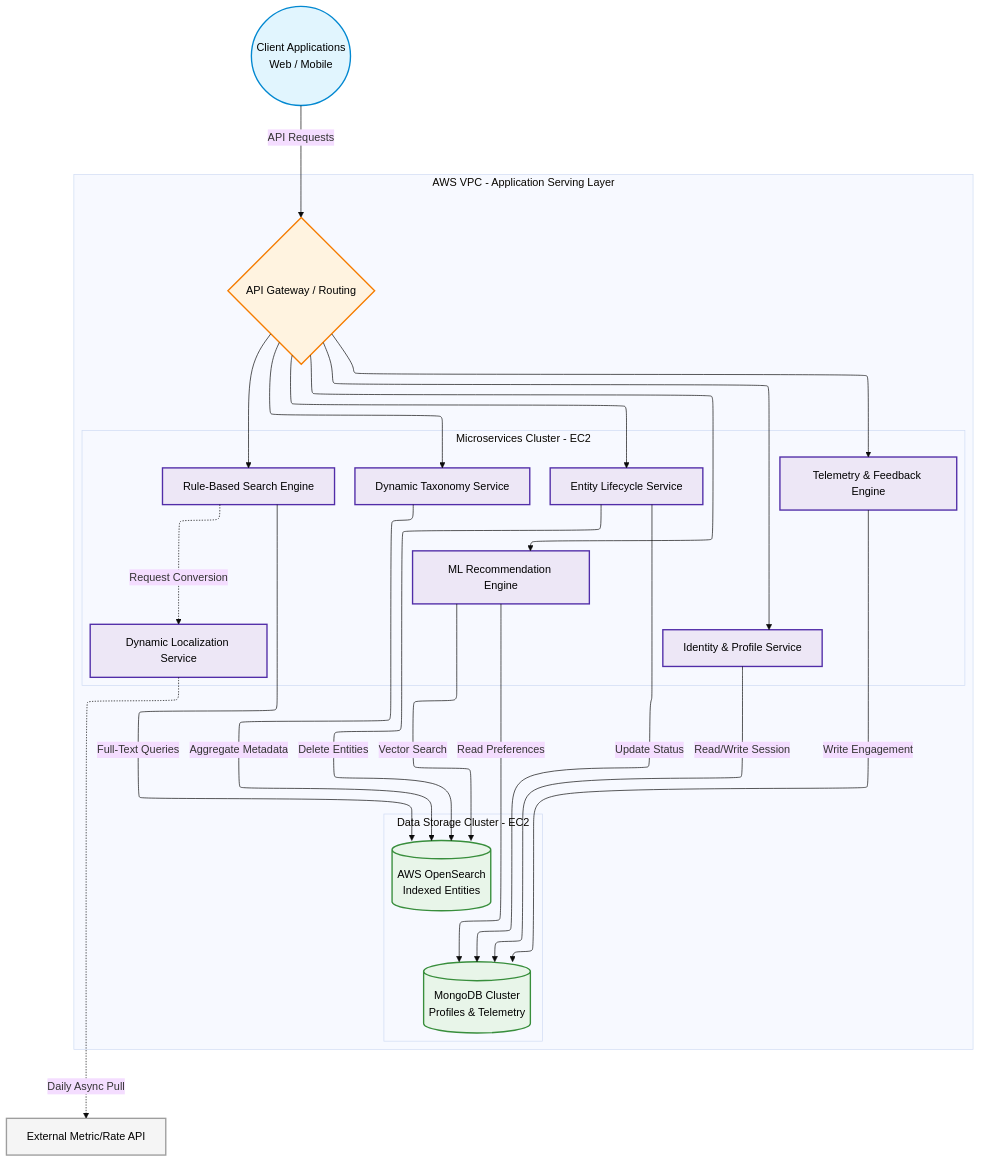
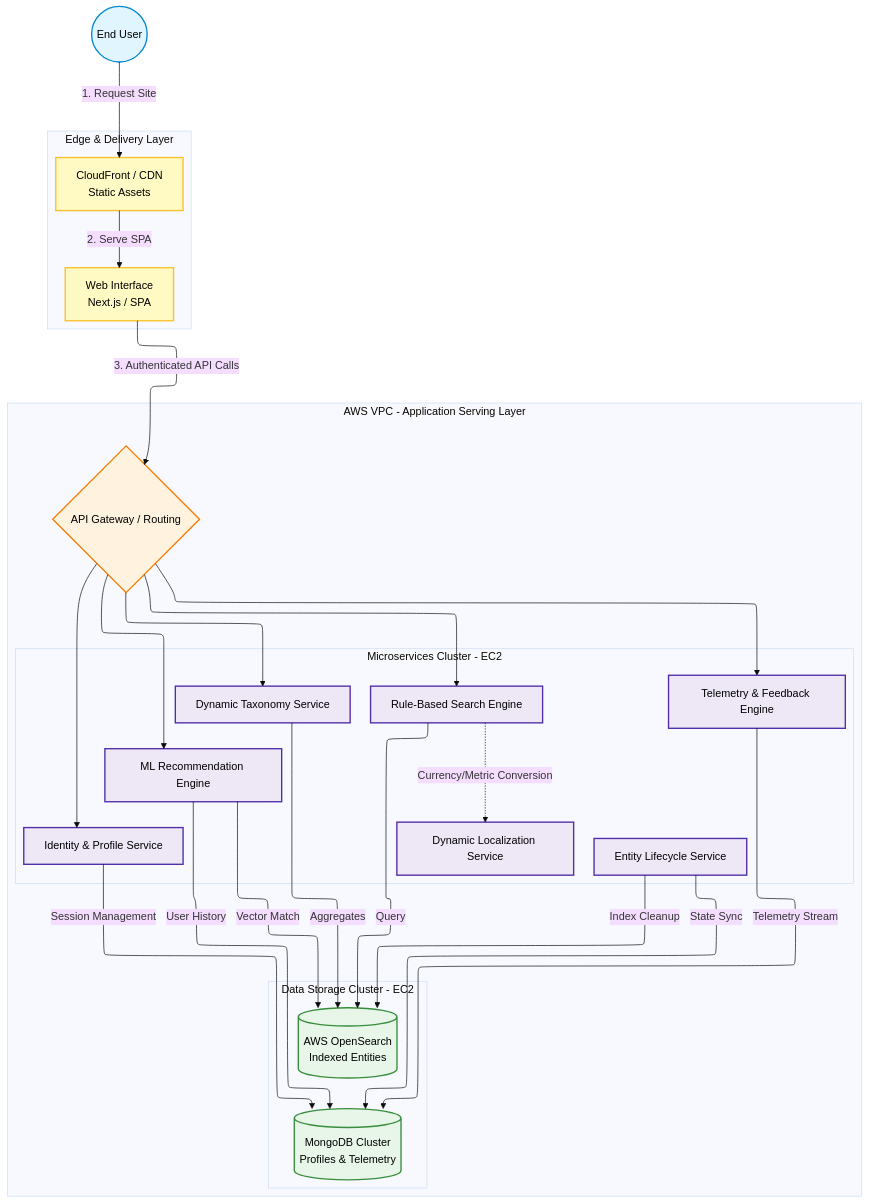
The diagram in content-discovery-and-personalization/README.md (hbharani/enterprise-architecture-patterns), drawn with Mermaid (base theme) before and after one commit.

Commit message:
Adding the missed front end spa

````diff
--- a/content-discovery-and-personalization/README.md
+++ b/content-discovery-and-personalization/README.md
@@ -7,58 +7,57 @@
 ```mermaid
 ---
 config:
   layout: elk
 ---
-flowchart TB
- subgraph ComputeLayer["Microservices Cluster - EC2"]
-        FEED["Telemetry & Feedback Engine"]
-        AUTH["Identity & Profile Service"]
-        LIFE["Entity Lifecycle Service"]
-        ML["ML Recommendation Engine"]
-        LOC["Dynamic Localization Service"]
-        SEARCH["Rule-Based Search Engine"]
-        TAX["Dynamic Taxonomy Service"]
-  end
- subgraph DataLayer["Data Storage Cluster - EC2"]
-        MONGO[("MongoDB Cluster<br>Profiles &amp; Telemetry")]
-        OS[("AWS OpenSearch<br>Indexed Entities")]
-  end
- subgraph VPC["AWS VPC - Application Serving Layer"]
-        GW{"API Gateway / Routing"}
-        ComputeLayer
-        DataLayer
-  end
-    CLIENT(("Client Applications<br>Web / Mobile")) -- API Requests --> GW
-    GW --> TAX & SEARCH & ML & LIFE & AUTH & FEED
-    LOC -. Daily Async Pull .-> EXT_API["External Metric/Rate API"]
-    SEARCH -. Request Conversion .-> LOC
-    TAX -- Aggregate Metadata --> OS
-    SEARCH -- "Full-Text Queries" --> OS
-    ML -- Vector Search --> OS
-    ML -- Read Preferences --> MONGO
-    LIFE -- Delete Entities --> OS
-    LIFE -- Update Status --> MONGO
-    AUTH -- Read/Write Session --> MONGO
-    FEED -- Write Engagement --> MONGO
-    TAX ~~~ ML
-    ML ~~~ AUTH
-    OS ~~~ MONGO
-
-     CLIENT:::client
-     EXT_API:::ext
-     GW:::gw
-     TAX:::compute
-     SEARCH:::compute
-     LOC:::compute
-     ML:::compute
-     LIFE:::compute
-     AUTH:::compute
-     FEED:::compute
-     OS:::db
-     MONGO:::db
+flowchart TD
+    classDef edge fill:#fff9c4,stroke:#fbc02d,stroke-width:2px,color:#000
     classDef client fill:#e1f5fe,stroke:#0288d1,stroke-width:2px,color:#000
     classDef compute fill:#ede7f6,stroke:#512da8,stroke-width:2px,color:#000
     classDef db fill:#e8f5e9,stroke:#388e3c,stroke-width:2px,color:#000
-    classDef ext fill:#f5f5f5,stroke:#9e9e9e,stroke-width:2px,color:#000
     classDef gw fill:#fff3e0,stroke:#f57c00,stroke-width:2px,color:#000
+
+    USER((End User)):::client
+
+    subgraph EdgeLayer [Edge & Delivery Layer]
+        CDN[CloudFront / CDN<br/>Static Assets]:::edge
+        WUI[Web Interface<br/>Next.js / SPA]:::edge
+    end
+
+    subgraph VPC [AWS VPC - Application Serving Layer]
+        
+        GW{API Gateway / Routing}:::gw
+
+        subgraph ComputeLayer [Microservices Cluster - EC2]
+            TAX[Dynamic Taxonomy Service]:::compute
+            SEARCH[Rule-Based Search Engine]:::compute
+            LOC[Dynamic Localization Service]:::compute
+            ML[ML Recommendation Engine]:::compute
+            LIFE[Entity Lifecycle Service]:::compute
+            AUTH[Identity & Profile Service]:::compute
+            FEED[Telemetry & Feedback Engine]:::compute
+        end
+
+        subgraph DataLayer [Data Storage Cluster - EC2]
+            OS[(AWS OpenSearch<br/>Indexed Entities)]:::db
+            MONGO[(MongoDB Cluster<br/>Profiles & Telemetry)]:::db
+        end
+    end
+    USER -->|1. Request Site| CDN
+    CDN -->|2. Serve SPA| WUI
+    WUI -->|3. Authenticated API Calls| GW
+    GW --> TAX & SEARCH & ML & AUTH & FEED
+    SEARCH -.->|Currency/Metric Conversion| LOC
+    
+    SEARCH -->|Query| OS
+    TAX -->|Aggregates| OS
+    ML -->|Vector Match| OS
+    ML -->|User History| MONGO
+    
+    AUTH -->|Session Management| MONGO
+    FEED -->|Telemetry Stream| MONGO
+    LIFE -->|Index Cleanup| OS
+    LIFE -->|State Sync| MONGO
+    WUI ~~~ GW
+    TAX ~~~ ML ~~~ AUTH
+    OS ~~~ MONGO
 ```
````
